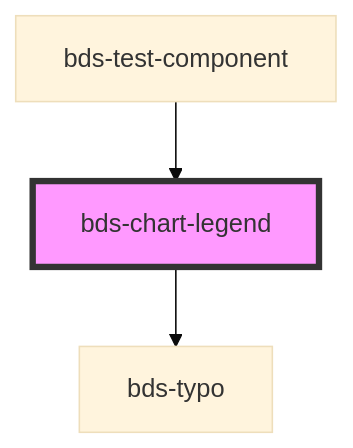
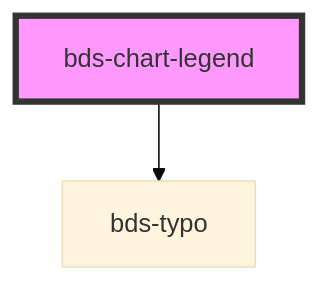
Before and after one commit to takenet/blip-ds: the diagram in src/components/chart/chart-legend/readme.md, drawn with Mermaid (base theme). The commit also changed other lines of this file and 12 other files, not shown here.

Commit message:
docs(chart): update auto-generated readme files after rebased

````diff
--- a/src/components/chart/chart-legend/readme.md
+++ b/src/components/chart/chart-legend/readme.md
@@ -65,6 +61,5 @@
 ```mermaid
 graph TD;
   bds-chart-legend --> bds-typo
-  bds-test-component --> bds-chart-legend
   style bds-chart-legend fill:#f9f,stroke:#333,stroke-width:4px
 ```
````
